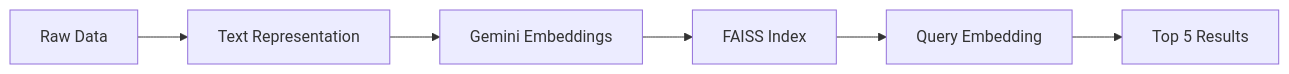
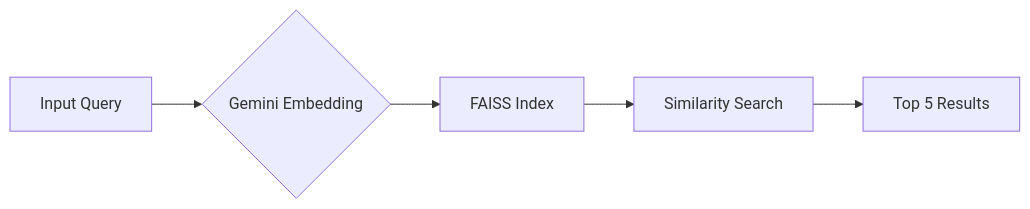
One commit to NufalXBaalash/Netflix_Recommendation_System changed the second of 2 diagrams in README.md. Above: the diagram before and after it, drawn with Mermaid. The commit also changed other lines of this file, not shown here.

````diff
--- a/README.md
+++ b/README.md
@@ -73,8 +71,7 @@
 ```mermaid
 graph LR
-A[Raw Data] --> B[Text Representation]
-B --> C[Gemini Embeddings]
-C --> D[FAISS Index]
-D --> E[Query Embedding]
-E --> F[Top 5 Results]
+    A[Input Query] --> B{Gemini Embedding}
+    B --> C[FAISS Index]
+    C --> D[Similarity Search]
+    D --> E[Top 5 Results]
 ```
````
